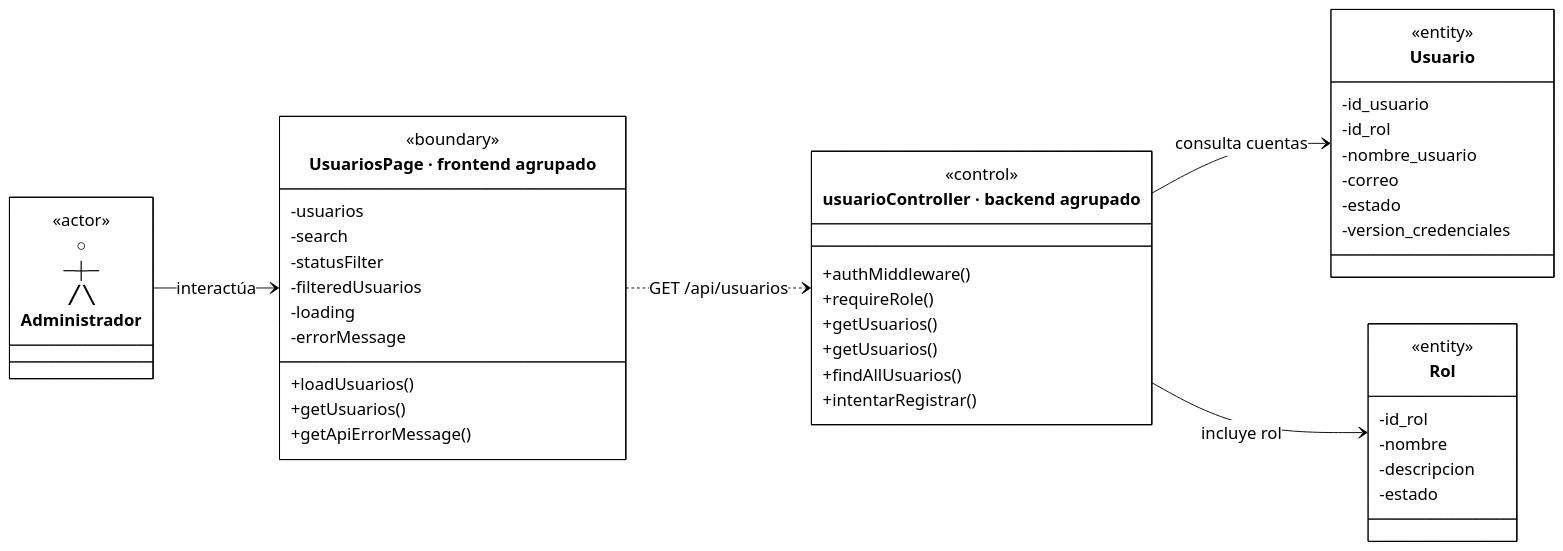
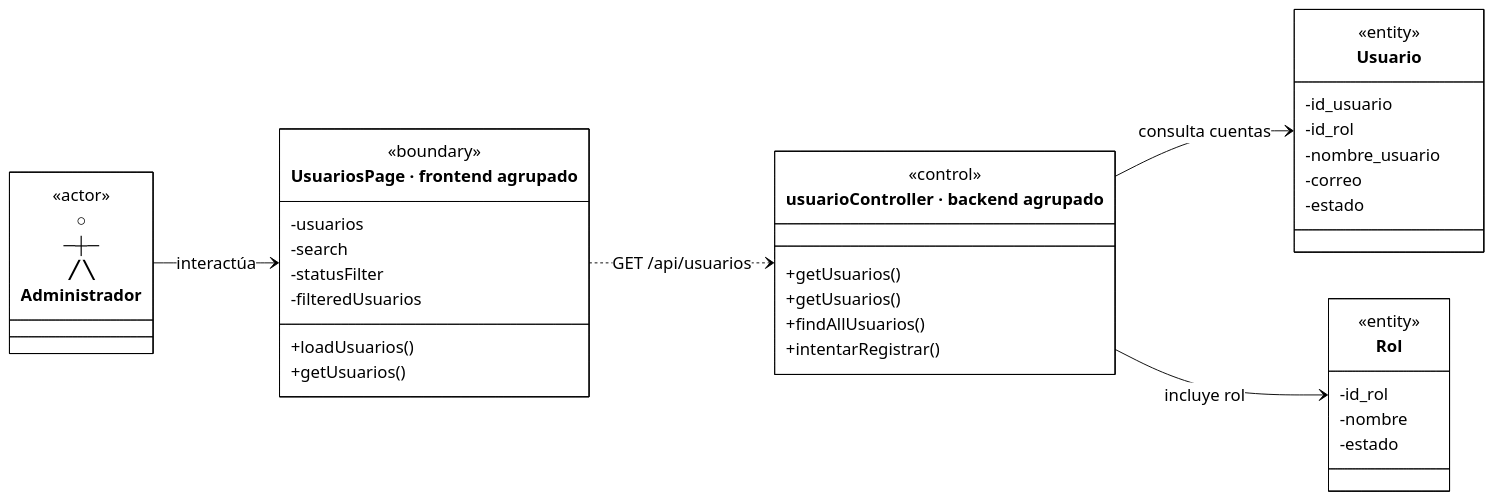
Before and after one commit to CreepyBowDev/cadefar-inventory-system: the fourth of 35 diagrams in docs/ai/analisis-clases-academico-simplificado.md, drawn with Mermaid. The commit also changed other lines of this file, not shown here.

````diff
--- a/docs/ai/analisis-clases-academico-simplificado.md
+++ b/docs/ai/analisis-clases-academico-simplificado.md
@@ -295,55 +273,48 @@
 ```mermaid
-%%{init: {"theme":"base","htmlLabels":true,"markdownAutoWrap":false,"class":{"useMaxWidth":false},"themeCSS":".node.actor .label-container path{stroke:none!important;fill:none!important;} .node.actor .divider{display:none;} .nodeLabel{color:#000000!important;} .node .label div{display:table-cell!important;white-space:nowrap!important;max-width:none!important;} .control .methods-group .label:nth-child(3) p::after{content:\" [controller]\";} .control .methods-group .label:nth-child(4) p::after{content:\" [service]\";} .control .methods-group .label:nth-child(6) p::after{content:\" [auditoria]\";}","themeVariables":{"background":"#ffffff","primaryColor":"#ffffff","primaryTextColor":"#000000","primaryBorderColor":"#000000","secondaryColor":"#ffffff","tertiaryColor":"#ffffff","lineColor":"#000000","textColor":"#000000","fontFamily":"Arial","fontSize":"18px"}}}%%
+%%{init: {"theme":"base","htmlLabels":true,"markdownAutoWrap":false,"class":{"useMaxWidth":false},"themeCSS":".node.actor .label-container path{stroke:none!important;fill:none!important;} .node.actor .divider{display:none;} .nodeLabel{color:#000000!important;} .node .label div{display:table-cell!important;white-space:nowrap!important;max-width:none!important;} .control .methods-group .label:nth-child(1) p::after{content:\" [controller]\";}.control .methods-group .label:nth-child(2) p::after{content:\" [service]\";}.control .methods-group .label:nth-child(4) p::after{content:\" [auditoria]\";}","themeVariables":{"background":"#ffffff","primaryColor":"#ffffff","primaryTextColor":"#000000","primaryBorderColor":"#000000","secondaryColor":"#ffffff","tertiaryColor":"#ffffff","lineColor":"#000000","textColor":"#000000","fontFamily":"Arial","fontSize":"18px"}}}%%
 %%{init: {"state":{"useMaxWidth":false}}}%%
 classDiagram
     direction LR
     class Administrador["○<br/>─┼─<br/>╱ ╲<br/>Administrador"]
     class Administrador { <<actor>> }
     class Boundary["UsuariosPage · frontend agrupado"] {
         <<boundary>>
         -usuarios
         -search
         -statusFilter
         -filteredUsuarios
-        -loading
-        -errorMessage
         +loadUsuarios()
         +getUsuarios()
-        +getApiErrorMessage()
     }
     class Control["usuarioController · backend agrupado"] {
         <<control>>
-        +authMiddleware()
-        +requireRole()
         %% getUsuarios() [controller]
         +getUsuarios()
         %% getUsuarios() [service]
         +getUsuarios()
         +findAllUsuarios()
         %% intentarRegistrar() [auditoria]
         +intentarRegistrar()
     }
     class Usuario {
         <<entity>>
         -id_usuario
         -id_rol
         -nombre_usuario
         -correo
         -estado
-        -version_credenciales
     }
     class Rol {
         <<entity>>
         -id_rol
         -nombre
-        -descripcion
         -estado
     }
     Administrador --> Boundary : interactúa
     Boundary ..> Control : GET /api/usuarios
     Control --> Usuario : consulta cuentas
     Control --> Rol : incluye rol
     cssClass "Control" control
     classDef actor fill:#ffffff,stroke-width:0px,color:#000000
     cssClass "Administrador" actor
 ```
````
